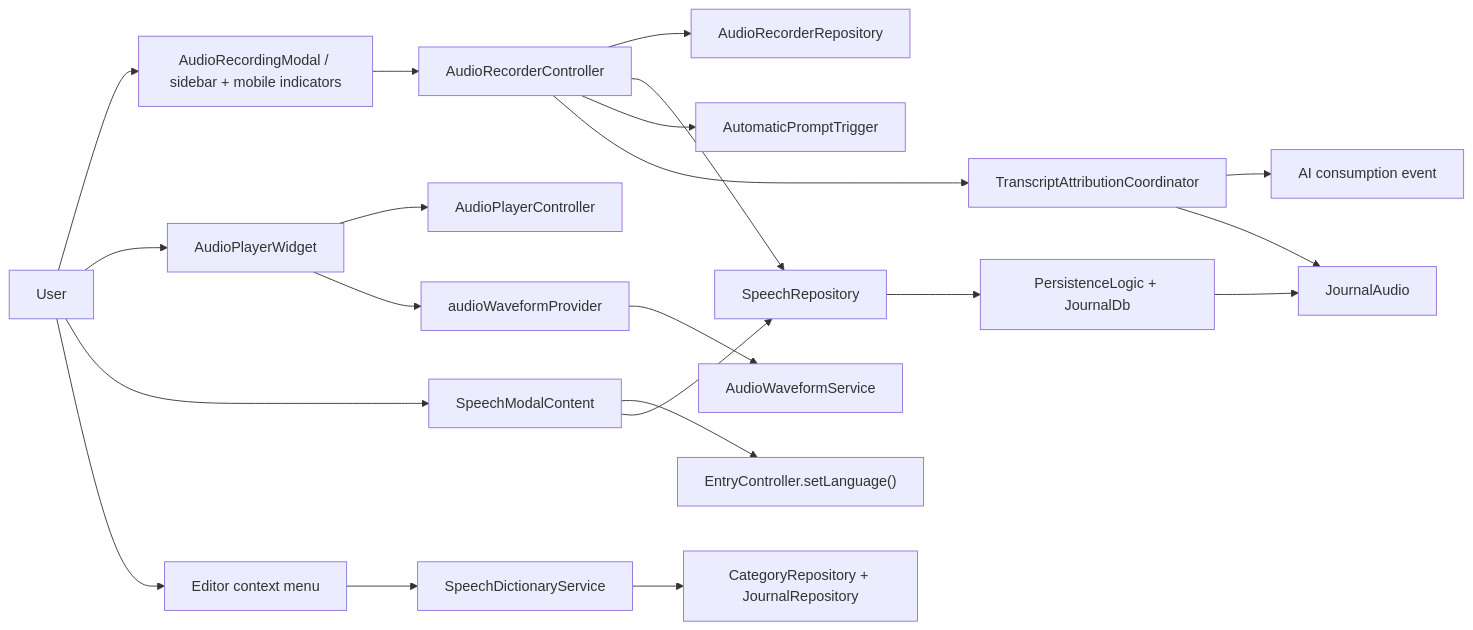
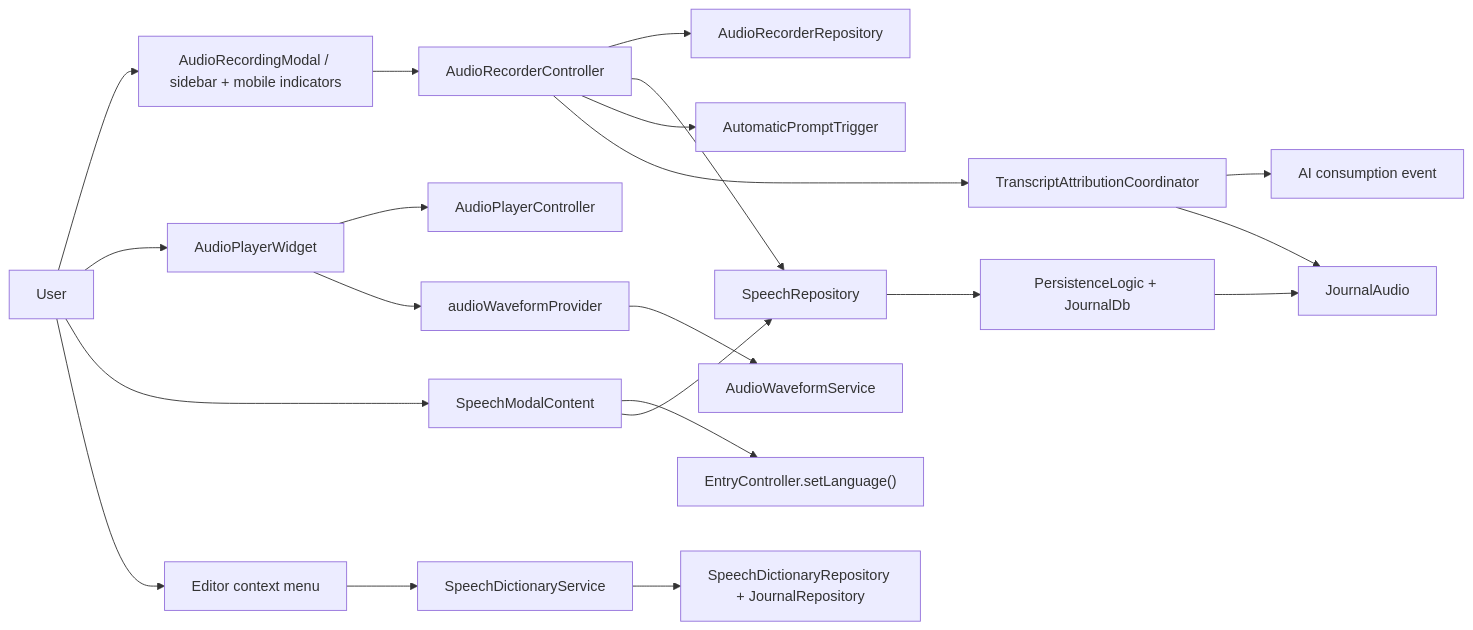
The first of 3 diagrams in knowledge/features/speech/overview.md (matthiasn/lotti), drawn with Mermaid before and after one commit. The commit also changed 135 other files, not shown here.

First line of the commit message:
feat(speech): app-wide speech dictionary and corrected transcripts

````diff
--- a/knowledge/features/speech/overview.md
+++ b/knowledge/features/speech/overview.md
@@ -41,27 +41,27 @@
 ```mermaid
 flowchart LR
   User["User"] --> RecordingUI["AudioRecordingModal / sidebar + mobile indicators"]
   User --> PlaybackUI["AudioPlayerWidget"]
   User --> TranscriptUI["SpeechModalContent"]
   User --> EditorUI["Editor context menu"]
 
   RecordingUI --> RecorderCtl["AudioRecorderController"]
   RecorderCtl --> RecorderRepo["AudioRecorderRepository"]
   RecorderCtl --> SpeechRepo["SpeechRepository"]
   RecorderCtl --> AutoPrompt["AutomaticPromptTrigger"]
   RecorderCtl --> Attribution["TranscriptAttributionCoordinator"]
   Attribution --> Consumption["AI consumption event"]
 
   PlaybackUI --> PlayerCtl["AudioPlayerController"]
   PlaybackUI --> WaveformProvider["audioWaveformProvider"]
   WaveformProvider --> WaveformSvc["AudioWaveformService"]
 
   TranscriptUI --> EntryCtl["EntryController.setLanguage()"]
   TranscriptUI --> SpeechRepo
   EditorUI --> DictSvc["SpeechDictionaryService"]
 
   SpeechRepo --> Persist["PersistenceLogic + JournalDb"]
-  DictSvc --> CategoryRepo["CategoryRepository + JournalRepository"]
+  DictSvc --> DictRepo["SpeechDictionaryRepository + JournalRepository"]
   Persist --> JournalAudio["JournalAudio"]
   Attribution --> JournalAudio
 ```
````
